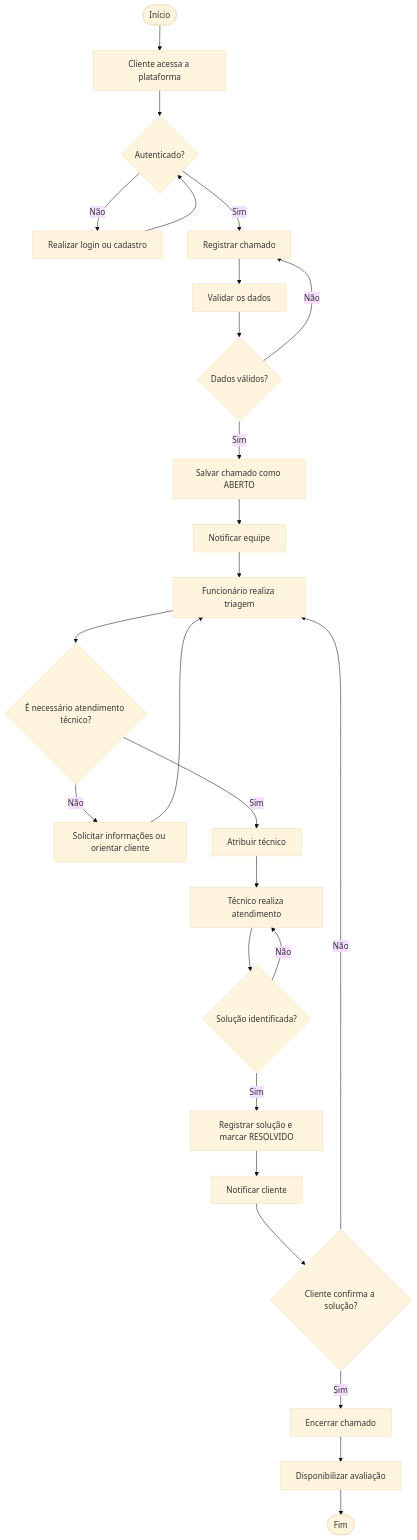
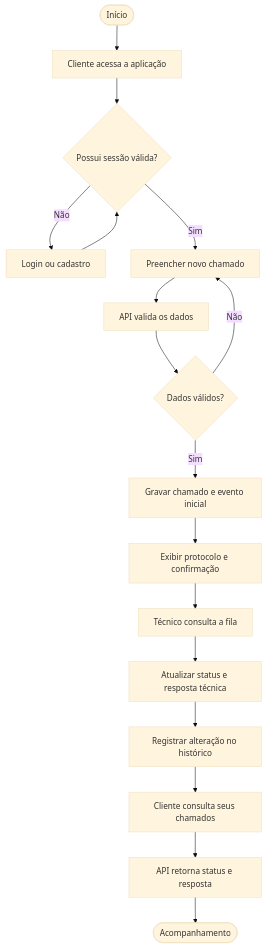
Before and after one commit to lazaro3308/TCC-G-TECH: the first of 3 diagrams in docs/FLUXOS-E-ARQUITETURA.md, drawn with Mermaid (base theme). The commit also changed other lines of this file, not shown here.

Commit message:
docs: atualizar arquitetura e fluxo conforme implementacao

````diff
--- a/docs/FLUXOS-E-ARQUITETURA.md
+++ b/docs/FLUXOS-E-ARQUITETURA.md
@@ -9,28 +9,19 @@
 ```mermaid
 flowchart TD
-    A([Início]) --> B[Cliente acessa a plataforma]
-    B --> C{Autenticado?}
-    C -- Não --> D[Realizar login ou cadastro]
+    A([Início]) --> B[Cliente acessa a aplicação]
+    B --> C{Possui sessão válida?}
+    C -- Não --> D[Login ou cadastro]
     D --> C
-    C -- Sim --> E[Registrar chamado]
-    E --> F[Validar os dados]
+    C -- Sim --> E[Preencher novo chamado]
+    E --> F[API valida os dados]
     F --> G{Dados válidos?}
     G -- Não --> E
-    G -- Sim --> H[Salvar chamado como ABERTO]
-    H --> I[Notificar equipe]
-    I --> J[Funcionário realiza triagem]
-    J --> K{É necessário atendimento técnico?}
-    K -- Não --> L[Solicitar informações ou orientar cliente]
-    L --> J
-    K -- Sim --> M[Atribuir técnico]
-    M --> N[Técnico realiza atendimento]
-    N --> O{Solução identificada?}
-    O -- Não --> N
-    O -- Sim --> P[Registrar solução e marcar RESOLVIDO]
-    P --> Q[Notificar cliente]
-    Q --> R{Cliente confirma a solução?}
-    R -- Não --> J
-    R -- Sim --> S[Encerrar chamado]
-    S --> T[Disponibilizar avaliação]
-    T --> U([Fim])
+    G -- Sim --> H[Gravar chamado e evento inicial]
+    H --> I[Exibir protocolo e confirmação]
+    I --> J[Técnico consulta a fila]
+    J --> K[Atualizar status e resposta técnica]
+    K --> L[Registrar alteração no histórico]
+    L --> M[Cliente consulta seus chamados]
+    M --> N[API retorna status e resposta]
+    N --> O([Acompanhamento])
 ```
````
